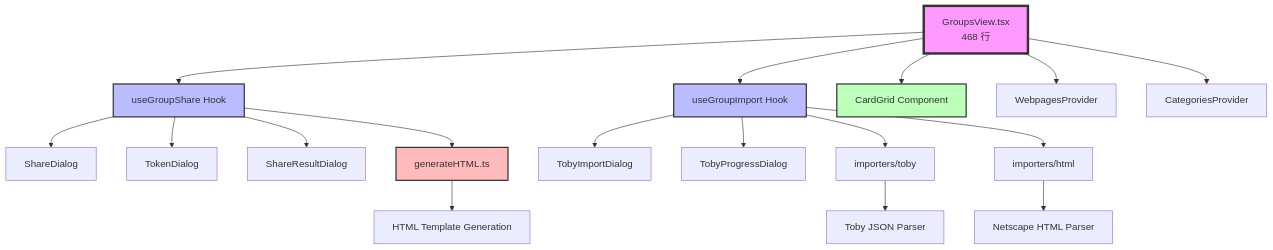
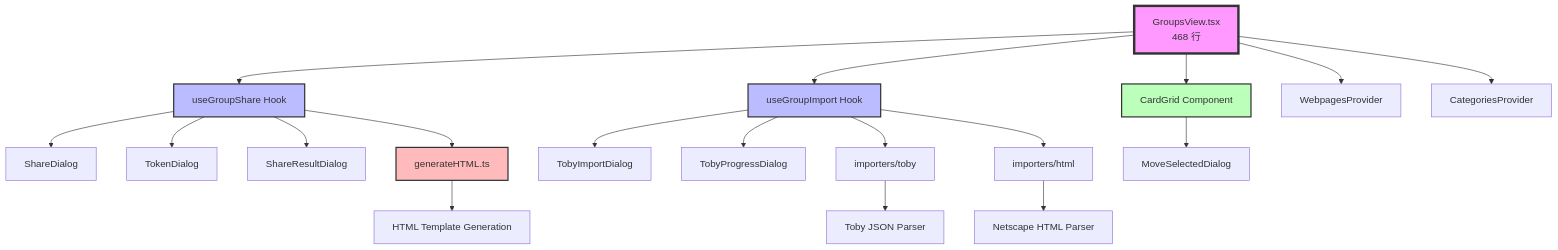
One commit to tom54699/LinkTrove changed the first of 3 diagrams in docs/architecture/component-map.md. Above: the diagram before and after it, drawn with Mermaid. The commit also changed other lines of this file and 24 other files, not shown here.

````diff
--- a/docs/architecture/component-map.md
+++ b/docs/architecture/component-map.md
@@ -14,28 +14,29 @@
 ```mermaid
 graph TD
     A[GroupsView.tsx<br/>468 行] --> B[useGroupShare Hook]
     A --> C[useGroupImport Hook]
     A --> D[CardGrid Component]
     A --> E[WebpagesProvider]
     A --> F[CategoriesProvider]
 
     B --> G[ShareDialog]
     B --> H[TokenDialog]
     B --> I[ShareResultDialog]
     B --> J[generateHTML.ts]
 
     C --> K[TobyImportDialog]
     C --> L[TobyProgressDialog]
     C --> M[importers/toby]
     C --> N[importers/html]
 
     J --> O[HTML Template Generation]
     M --> P[Toby JSON Parser]
     N --> Q[Netscape HTML Parser]
+    D --> R[MoveSelectedDialog]
 
     style A fill:#f9f,stroke:#333,stroke-width:4px
     style B fill:#bbf,stroke:#333,stroke-width:2px
     style C fill:#bbf,stroke:#333,stroke-width:2px
     style D fill:#bfb,stroke:#333,stroke-width:2px
     style J fill:#fbb,stroke:#333,stroke-width:2px
 ```
````
